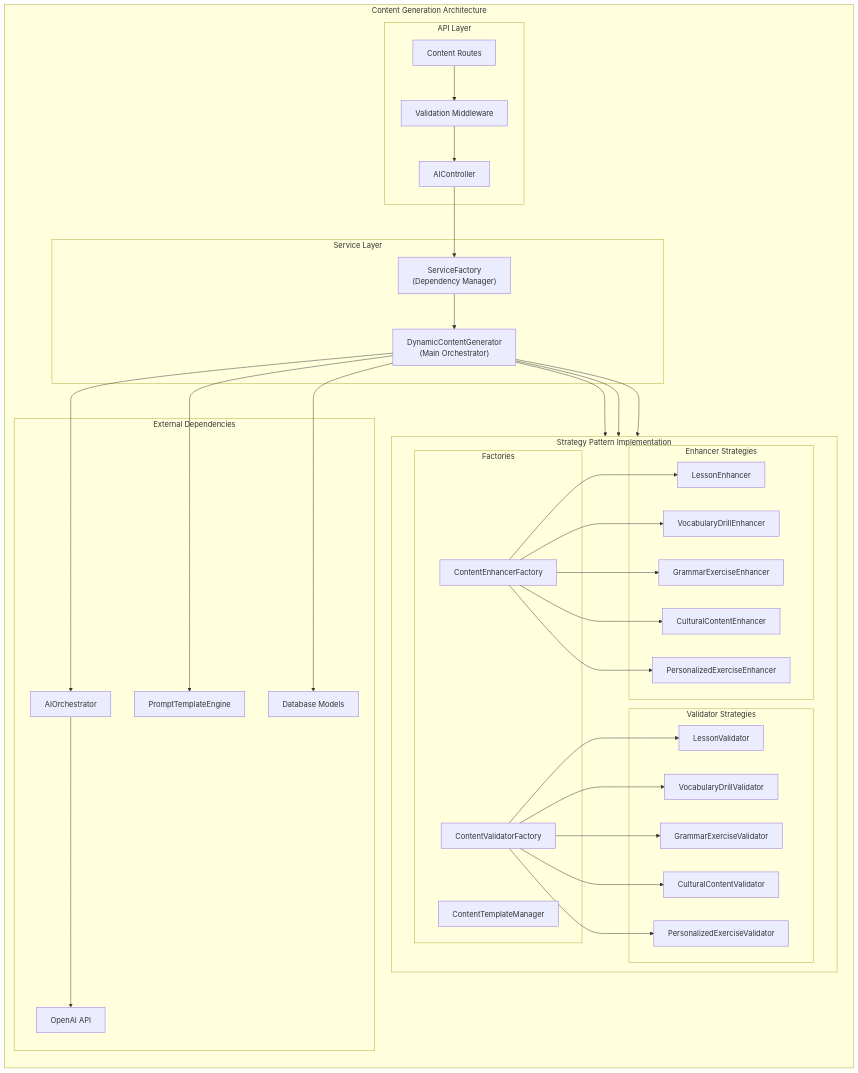
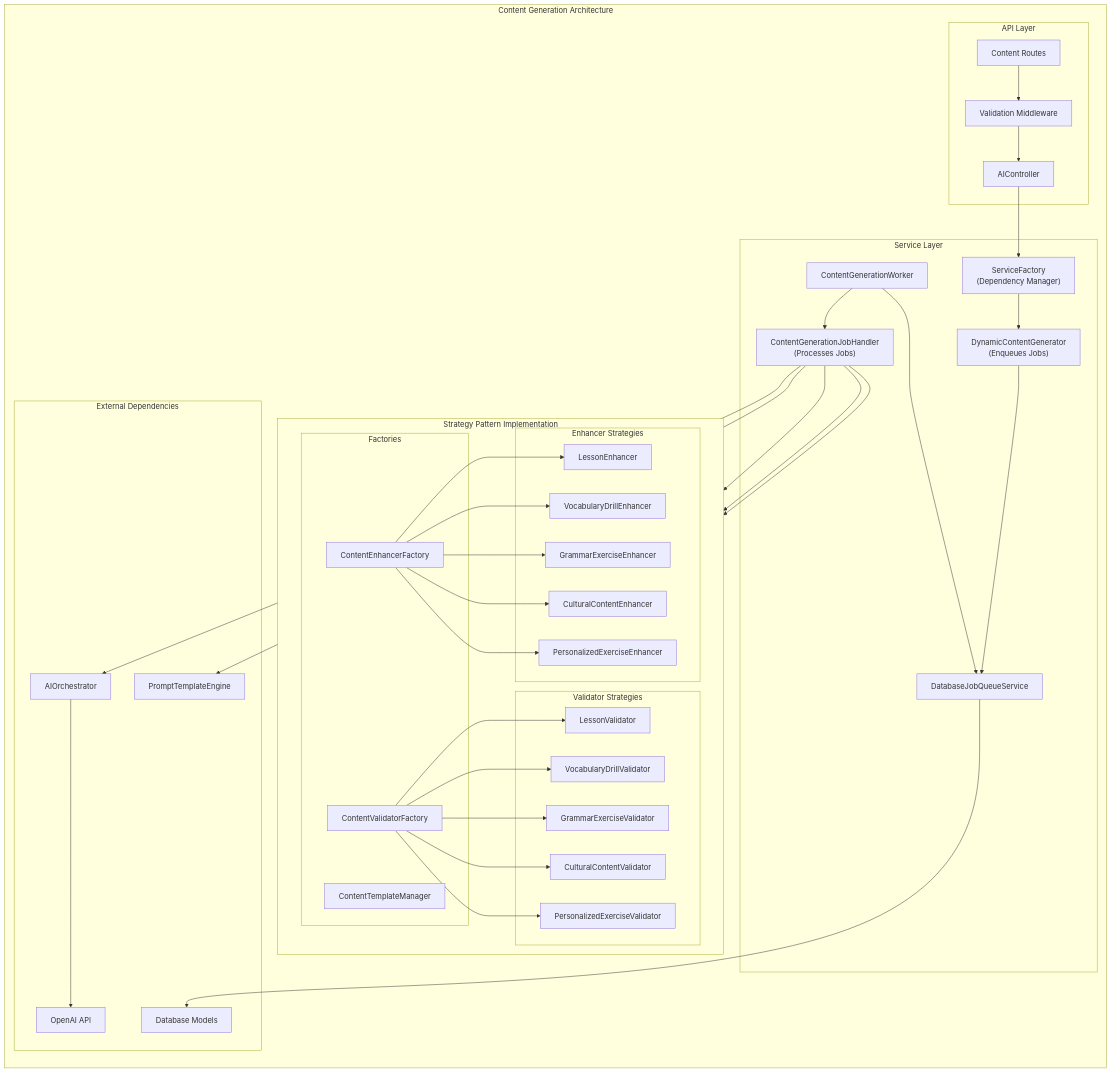
The diagram in docs/development_docs/architecture/content-generation-services.mermaid (niklas-joh/french-learning-platform), drawn with Mermaid before and after one commit. The commit also changed 2 other files, not shown here.

Commit message:
docs(tracking): update task status and architecture diagrams
- Updates the status of task 3.1.B.6d.3 to 'In Progress' in the master tracking document.
- Updates the system architecture and content generation services diagrams to include the asynchronous job queue components.

```diff
--- a/docs/development_docs/architecture/content-generation-services.mermaid
+++ b/docs/development_docs/architecture/content-generation-services.mermaid
@@ -1,78 +1,84 @@
 graph TB
     subgraph "Content Generation Architecture"
         direction TB
         
         subgraph "API Layer"
             AIController["AIController"]
             ContentRoutes["Content Routes"]
             ValidationMiddleware["Validation Middleware"]
         end
 
         subgraph "Service Layer"
-            DynamicContentGenerator["DynamicContentGenerator<br/>(Main Orchestrator)"]
+            DynamicContentGenerator["DynamicContentGenerator<br/>(Enqueues Jobs)"]
+            JobQueueService["DatabaseJobQueueService"]
+            ContentGenerationWorker["ContentGenerationWorker"]
+            ContentGenerationJobHandler["ContentGenerationJobHandler<br/>(Processes Jobs)"]
             ServiceFactory["ServiceFactory<br/>(Dependency Manager)"]
         end
 
         subgraph "Strategy Pattern Implementation"
             direction LR
             
             subgraph "Factories"
                 ValidatorFactory["ContentValidatorFactory"]
                 EnhancerFactory["ContentEnhancerFactory"]
                 TemplateManager["ContentTemplateManager"]
             end
 
             subgraph "Validator Strategies"
                 LessonVal["LessonValidator"]
                 VocabVal["VocabularyDrillValidator"]
                 GrammarVal["GrammarExerciseValidator"]
                 CulturalVal["CulturalContentValidator"]
                 PersonalVal["PersonalizedExerciseValidator"]
             end
 
             subgraph "Enhancer Strategies"
                 LessonEnh["LessonEnhancer"]
                 VocabEnh["VocabularyDrillEnhancer"]
                 GrammarEnh["GrammarExerciseEnhancer"]
                 CulturalEnh["CulturalContentEnhancer"]
                 PersonalEnh["PersonalizedExerciseEnhancer"]
             end
         end
 
         subgraph "External Dependencies"
             AIOrchestrator["AIOrchestrator"]
             PromptEngine["PromptTemplateEngine"]
             Database["Database Models"]
             OpenAI["OpenAI API"]
         end
 
         %% API Layer connections
         ContentRoutes --> ValidationMiddleware
         ValidationMiddleware --> AIController
         AIController --> ServiceFactory
 
         %% Service Layer connections
         ServiceFactory --> DynamicContentGenerator
-        DynamicContentGenerator --> ValidatorFactory
-        DynamicContentGenerator --> EnhancerFactory
-        DynamicContentGenerator --> TemplateManager
-        DynamicContentGenerator --> AIOrchestrator
-        DynamicContentGenerator --> PromptEngine
+        DynamicContentGenerator --> JobQueueService
+        ContentGenerationWorker --> JobQueueService
+        ContentGenerationWorker --> ContentGenerationJobHandler
+        ContentGenerationJobHandler --> ValidatorFactory
+        ContentGenerationJobHandler --> EnhancerFactory
+        ContentGenerationJobHandler --> TemplateManager
+        ContentGenerationJobHandler --> AIOrchestrator
+        ContentGenerationJobHandler --> PromptEngine
 
         %% Factory connections
         ValidatorFactory --> LessonVal
         ValidatorFactory --> VocabVal
         ValidatorFactory --> GrammarVal
         ValidatorFactory --> CulturalVal
         ValidatorFactory --> PersonalVal
 
         EnhancerFactory --> LessonEnh
         EnhancerFactory --> VocabEnh
         EnhancerFactory --> GrammarEnh
         EnhancerFactory --> CulturalEnh
         EnhancerFactory --> PersonalEnh
 
         %% External dependencies
         AIOrchestrator --> OpenAI
-        DynamicContentGenerator --> Database
+        JobQueueService --> Database
 end
```
